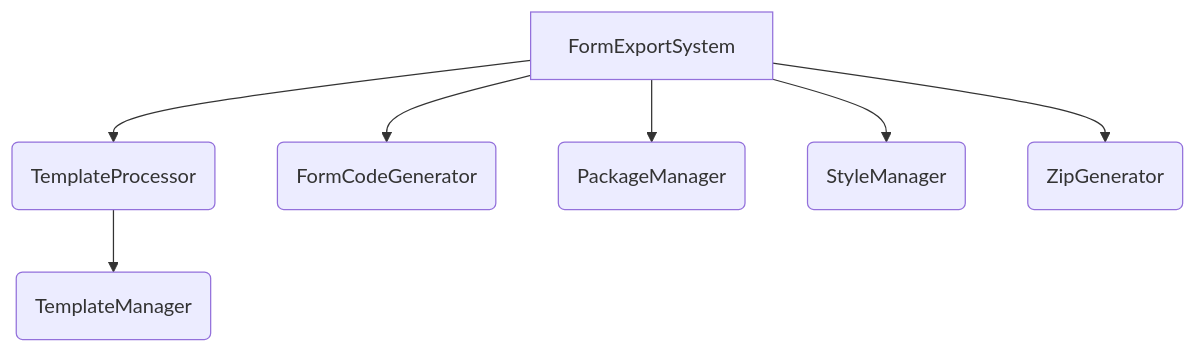
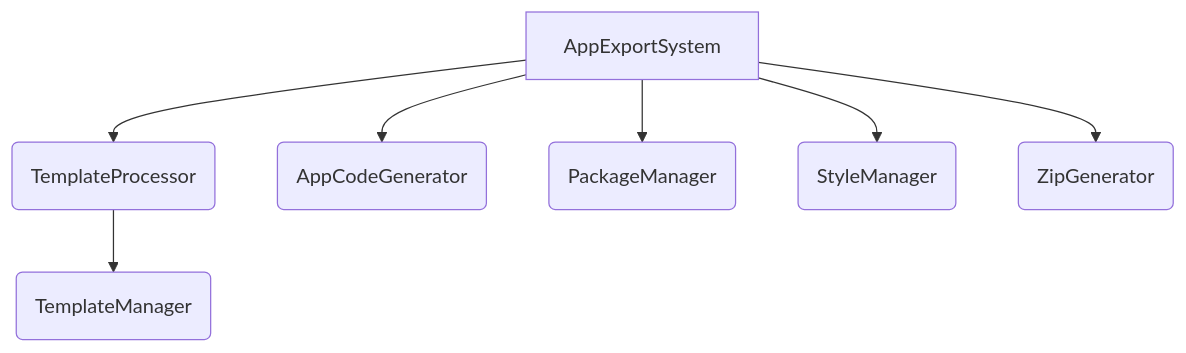
Before and after one commit to OpenZeppelin/ui-builder: the diagram in packages/builder/src/export/README.md, drawn with Mermaid. The commit also changed other lines of this file and 109 other files, not shown here.

````diff
--- a/packages/builder/src/export/README.md
+++ b/packages/builder/src/export/README.md
@@ -11,23 +11,23 @@
 ```mermaid
 graph TD
     %% Define Nodes
-    FES[FormExportSystem]
+    FES[AppExportSystem]
     TP(TemplateProcessor)
     TM(TemplateManager)
-    FCG(FormCodeGenerator)
+    ACG(AppCodeGenerator)
     PM(PackageManager)
     SM(StyleManager)
     ZG(ZipGenerator)
 
     %% Define Links
     FES --> TP
-    FES --> FCG
+    FES --> ACG
     FES --> PM
     FES --> SM
     FES --> ZG
     TP --> TM
-    %% FormCodeGenerator link to PM removed as FES coordinates PM directly
+    %% AppCodeGenerator link to PM removed as FES coordinates PM directly
 
     %% Comments
-    %% FormExportSystem coordinates PackageManager
+    %% AppExportSystem coordinates PackageManager
 ```
````
